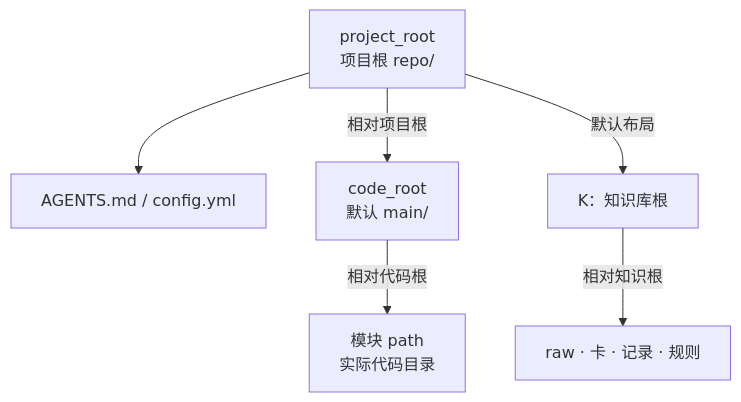
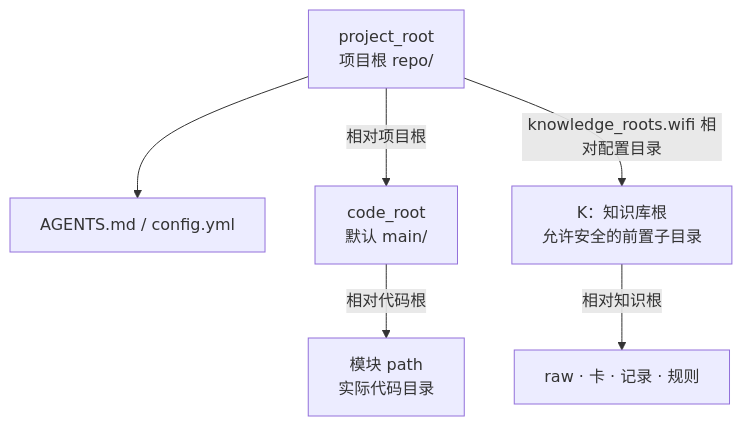
One commit to Robin-hhc/FactumCore changed the first of 5 diagrams in aiotbot-knowledge-wifi-mp/docs-llm-wiki/知识库关键点.md. Above: the diagram before and after it, drawn with Mermaid. The commit also changed other lines of this file and 67 other files, not shown here.

````diff
--- a/aiotbot-knowledge-wifi-mp/docs-llm-wiki/知识库关键点.md
+++ b/aiotbot-knowledge-wifi-mp/docs-llm-wiki/知识库关键点.md
@@ -9,8 +9,8 @@
 ```mermaid
 flowchart TD
     ROOT["project_root<br/>项目根 repo/"] --> CONFIG["AGENTS.md / config.yml"]
     ROOT -->|相对项目根| CODE["code_root<br/>默认 main/"]
     CODE -->|相对代码根| MODULE["模块 path<br/>实际代码目录"]
-    ROOT -->|默认布局| K["K：知识库根"]
+    ROOT -->|knowledge_roots.wifi 相对配置目录| K["K：知识库根<br/>允许安全的前置子目录"]
     K -->|相对知识根| ASSETS["raw · 卡 · 记录 · 规则"]
 ```
````
